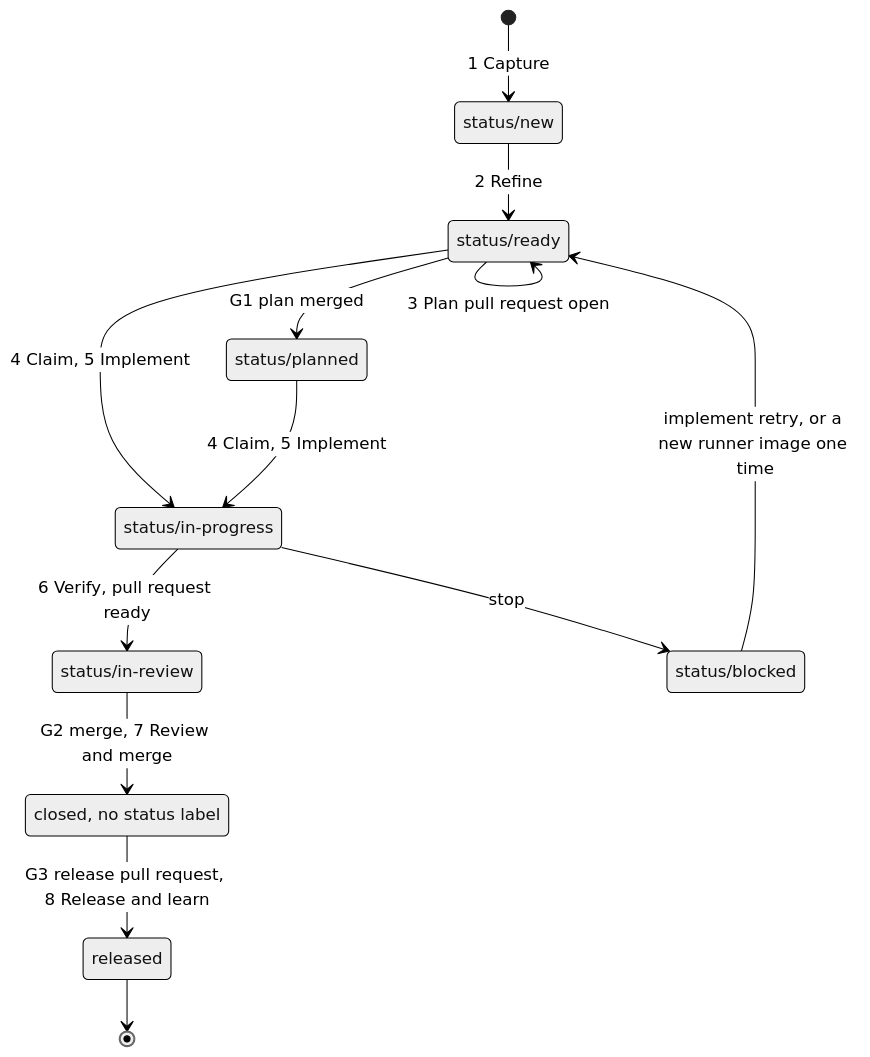
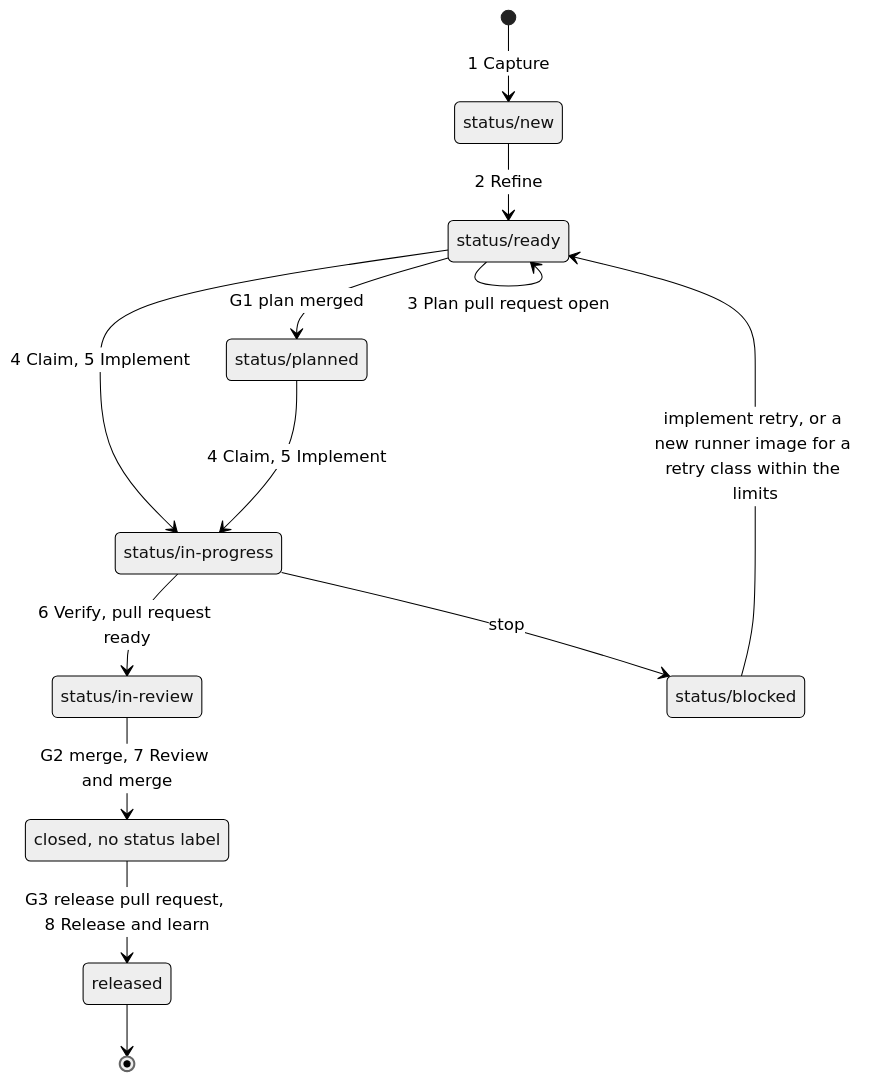
One commit to dan-petty/devops-cli changed the diagram in docs/ROADMAP_WORKFLOW.md. Above: the diagram before and after it, drawn with Mermaid (neutral theme). The commit also changed other lines of this file and 2 other files, not shown here.

Commit message:
docs(roadmap): state the digest clear by class and limit in the diagram, context and README

````diff
--- a/docs/ROADMAP_WORKFLOW.md
+++ b/docs/ROADMAP_WORKFLOW.md
@@ -194,22 +194,22 @@
 ```mermaid
 stateDiagram-v2
     [*] --> new: 1 Capture
     new --> ready: 2 Refine
     ready --> ready: 3 Plan pull request open
     ready --> planned: G1 plan merged
     ready --> in_progress: 4 Claim, 5 Implement
     planned --> in_progress: 4 Claim, 5 Implement
     in_progress --> in_review: 6 Verify, pull request ready
     in_progress --> blocked: stop
-    blocked --> ready: implement retry, or a new runner image one time
+    blocked --> ready: implement retry, or a new runner image for a retry class within the limits
     in_review --> closed: G2 merge, 7 Review and merge
     closed --> released: G3 release pull request, 8 Release and learn
     released --> [*]
     new: status/new
     ready: status/ready
     planned: status/planned
     blocked: status/blocked
     in_progress: status/in-progress
     in_review: status/in-review
     closed: closed, no status label
 ```
````
